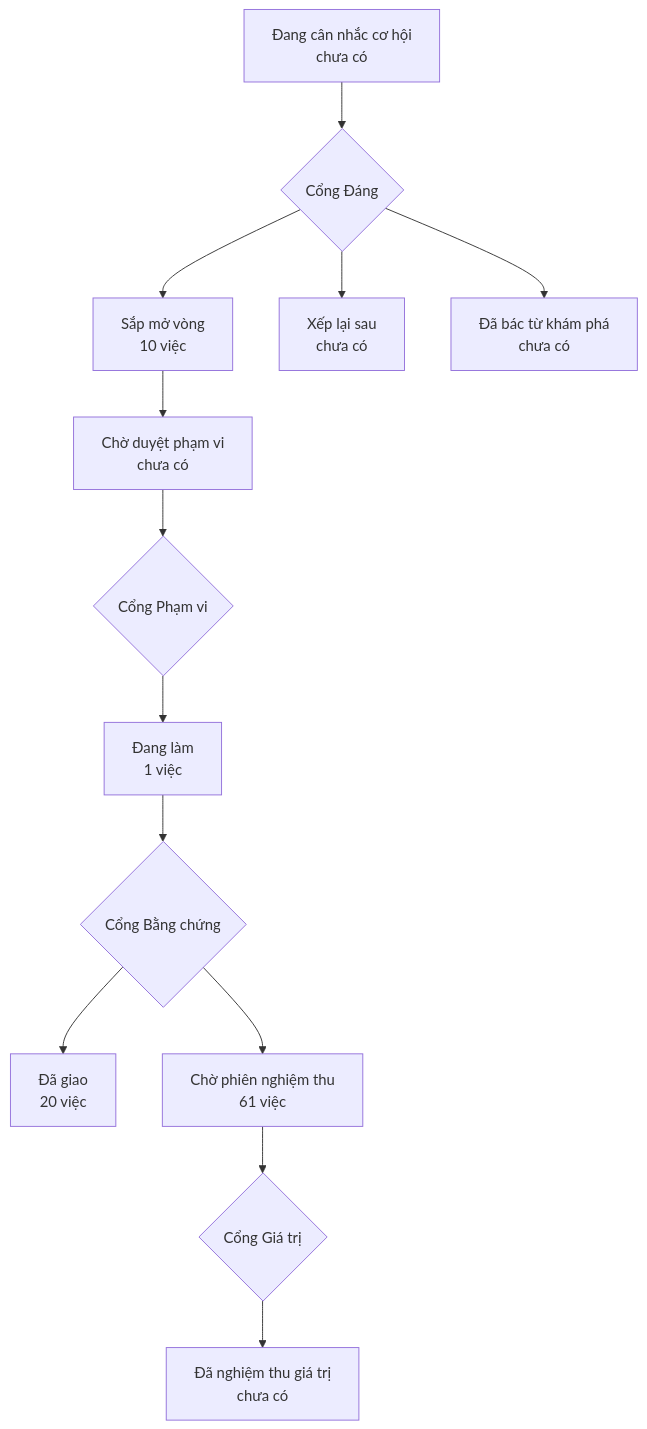
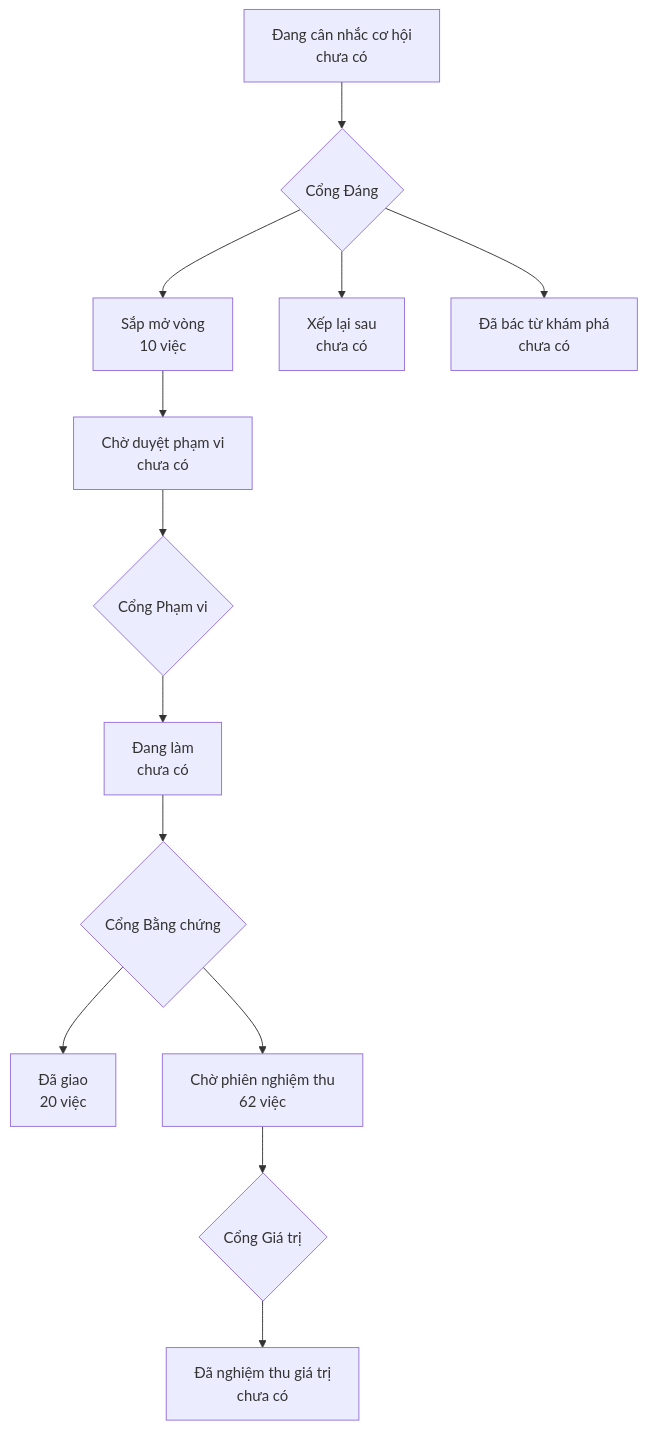
Before and after one commit to phanlemanh/onehub-quy-hang: the diagram in PRODUCT-MAP.md, drawn with Mermaid. The commit also changed other lines of this file and 31 other files, not shown here.

````diff
--- a/PRODUCT-MAP.md
+++ b/PRODUCT-MAP.md
@@ -7,12 +7,12 @@
 ```mermaid
 flowchart TD
   A["Đang cân nhắc cơ hội<br/>chưa có"] --> GD{"Cổng Đáng"}
   GD --> B["Sắp mở vòng<br/>10 việc"]
   GD --> XL["Xếp lại sau<br/>chưa có"]
   GD --> DB["Đã bác từ khám phá<br/>chưa có"]
   B --> CD["Chờ duyệt phạm vi<br/>chưa có"] --> GP{"Cổng Phạm vi"}
-  GP --> DL["Đang làm<br/>1 việc"] --> GB{"Cổng Bằng chứng"}
+  GP --> DL["Đang làm<br/>chưa có"] --> GB{"Cổng Bằng chứng"}
   GB --> DG["Đã giao<br/>20 việc"]
-  GB --> CN["Chờ phiên nghiệm thu<br/>61 việc"] --> GG{"Cổng Giá trị"}
+  GB --> CN["Chờ phiên nghiệm thu<br/>62 việc"] --> GG{"Cổng Giá trị"}
   GG --> NT["Đã nghiệm thu giá trị<br/>chưa có"]
 ```
````
